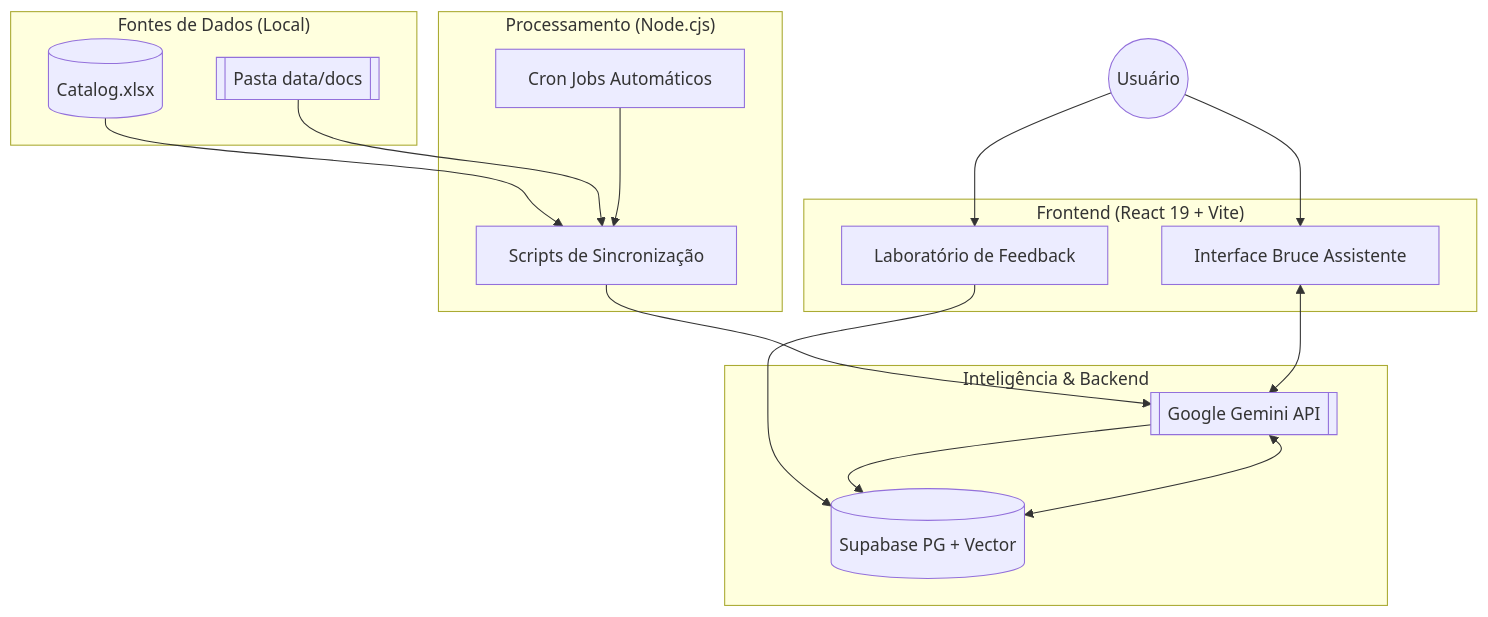
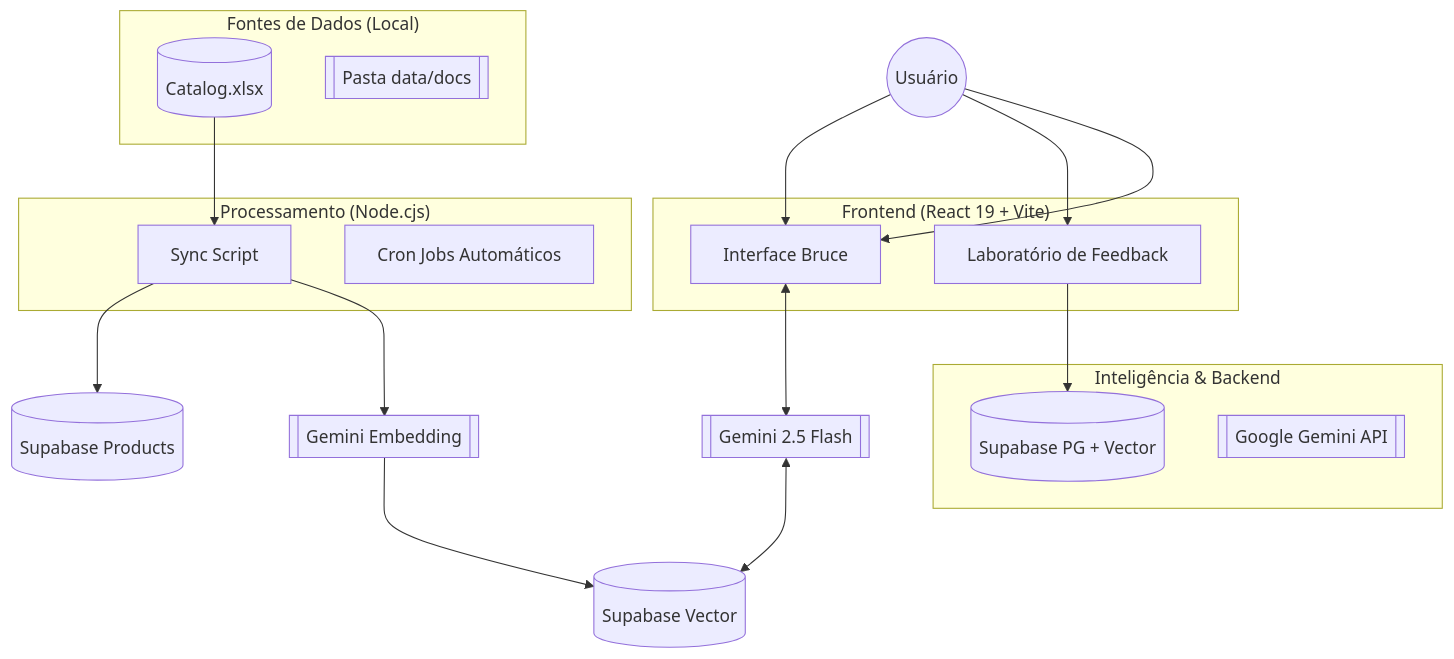
Before and after one commit to arthurmaranhaoo/trillia-platform: the first of 2 diagrams in ARCHITECTURE.md, drawn with Mermaid. The commit also changed other lines of this file and 2 other files, not shown here.

Commit message:
docs: update architecture with gemini 2.5 flash costs and unified sync

````diff
--- a/ARCHITECTURE.md
+++ b/ARCHITECTURE.md
@@ -8,37 +8,37 @@
 ```mermaid
 graph TD
     User((Usuário))
     
     subgraph "Frontend (React 19 + Vite)"
         UI[Interface Bruce Assistente]
         Form[Laboratório de Feedback]
     end
     
     subgraph "Fontes de Dados (Local)"
         Excel[(Catalog.xlsx)]
         DocsDir[[Pasta data/docs]]
     end
     
     subgraph "Processamento (Node.cjs)"
         Sync[Scripts de Sincronização]
         Cron[Cron Jobs Automáticos]
     end
     
     subgraph "Inteligência & Backend"
         Supa[(Supabase PG + Vector)]
         Gemini[[Google Gemini API]]
     end
 
     User --> UI
     User --> Form
     Form --> Supa
     
-    Excel --> Sync
-    DocsDir --> Sync
-    Sync --> Gemini
-    Gemini --> Supa
-    Cron --> Sync
+    Excel[(Catalog.xlsx)] --> Sync[Sync Script]
+    Sync --> SupaRel[(Supabase Products)]
+    Sync --> GeminiEmb[[Gemini Embedding]]
+    GeminiEmb --> SupaVec[(Supabase Vector)]
     
-    UI <--> Gemini
-    Gemini <--> Supa
+    User --> UI[Interface Bruce]
+    UI <--> GeminiFlash[[Gemini 2.5 Flash]]
+    GeminiFlash <--> SupaVec
 ```
````
